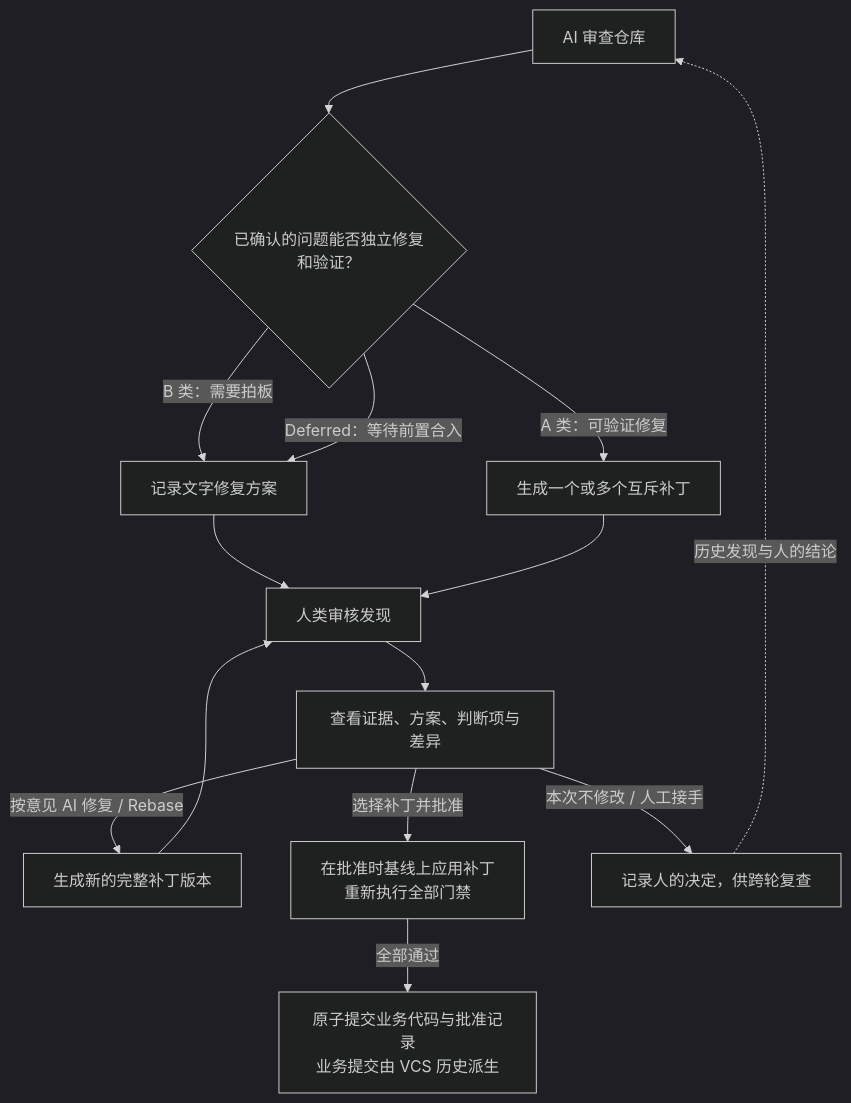
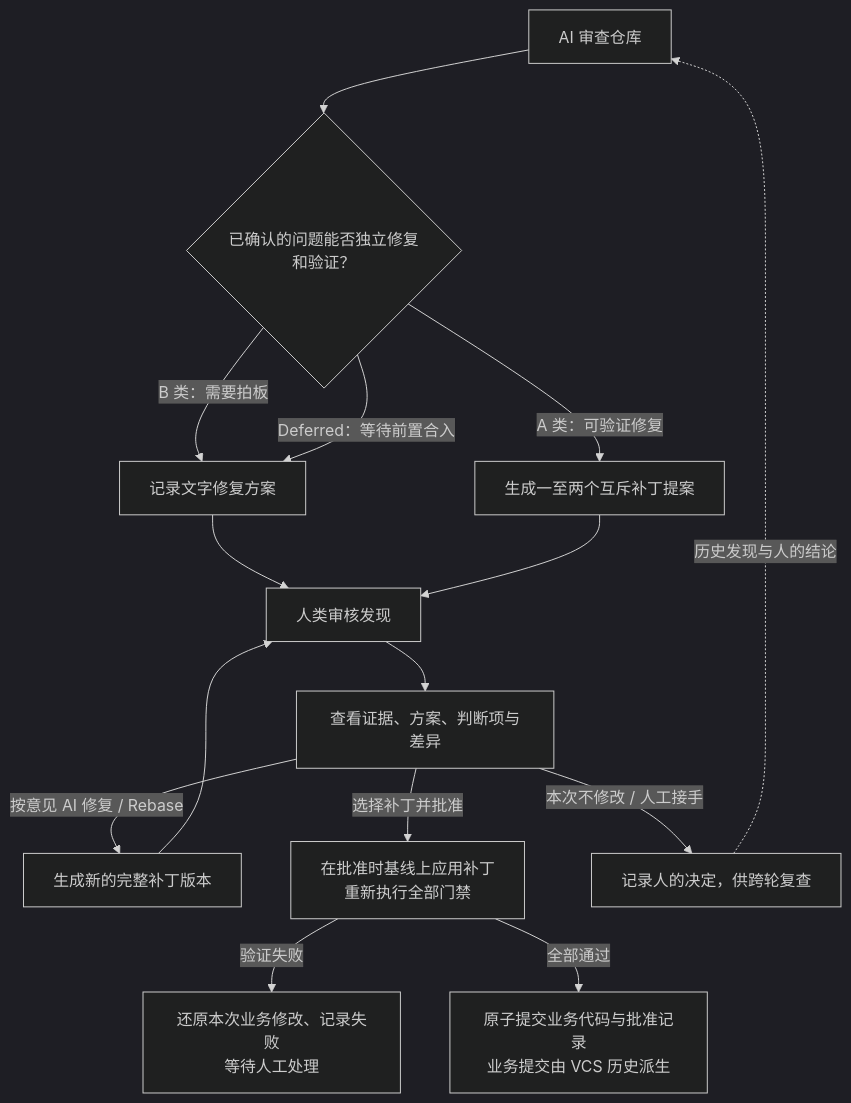
The diagram in SPEC.md (stallboy/dsh-review), drawn with Mermaid (dark theme) before and after one commit. The commit also changed other lines of this file and 71 other files, not shown here.

````diff
--- a/SPEC.md
+++ b/SPEC.md
@@ -37,16 +40,17 @@
 ```mermaid
 flowchart TD
     AUDIT["AI 审查仓库"] --> TRIAGE{"已确认的问题能否独立修复和验证？"}
-    TRIAGE -->|"A 类：可验证修复"| CAND["生成一个或多个互斥补丁"]
+    TRIAGE -->|"A 类：可验证修复"| CAND["生成一至两个互斥补丁提案"]
     TRIAGE -->|"B 类：需要拍板"| REPORT["记录文字修复方案"]
     TRIAGE -->|"Deferred：等待前置合入"| REPORT
     REPORT --> QUEUE["人类审核发现"]
     CAND --> QUEUE
     QUEUE --> DETAIL["查看证据、方案、判断项与差异"]
     DETAIL -->|"按意见 AI 修复 / Rebase"| FIX["生成新的完整补丁版本"]
     FIX --> QUEUE
     DETAIL -->|"选择补丁并批准"| GATE["在批准时基线上应用补丁<br/>重新执行全部门禁"]
+    GATE -->|"验证失败"| FAILED["还原本次业务修改、记录失败<br/>等待人工处理"]
     GATE -->|"全部通过"| COMMIT["原子提交业务代码与批准记录<br/>业务提交由 VCS 历史派生"]
     DETAIL -->|"本次不修改 / 人工接手"| RECHECK["记录人的决定，供跨轮复查"]
     RECHECK -.->|"历史发现与人的结论"| AUDIT
 ```
````
